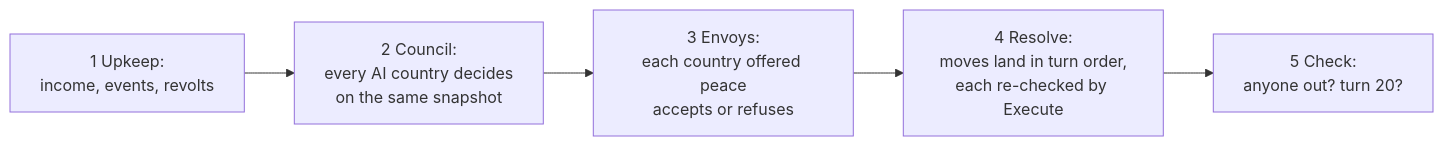
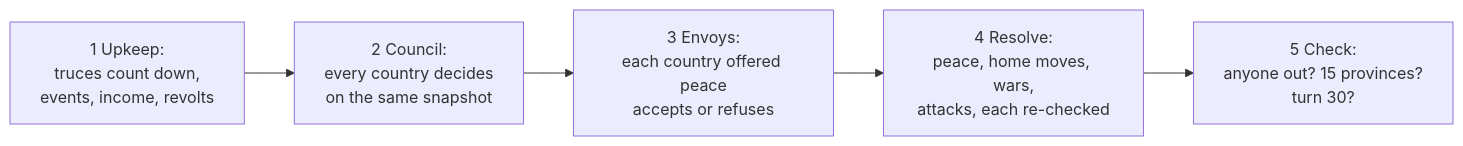
One commit to agenerela/agenerela changed the diagram in docs/demos/grey-box-strategy.md. Above: the diagram before and after it, drawn with Mermaid. The commit also changed other lines of this file and 105 other files, not shown here.

````diff
--- a/docs/demos/grey-box-strategy.md
+++ b/docs/demos/grey-box-strategy.md
@@ -88,7 +107,7 @@
 ```mermaid
 flowchart LR
-    U[1 Upkeep:<br/>income, events, revolts] --> C[2 Council:<br/>every AI country decides<br/>on the same snapshot]
+    U[1 Upkeep:<br/>truces count down,<br/>events, income, revolts] --> C[2 Council:<br/>every country decides<br/>on the same snapshot]
     C --> E[3 Envoys:<br/>each country offered peace<br/>accepts or refuses]
-    E --> R[4 Resolve:<br/>moves land in turn order,<br/>each re-checked by Execute]
-    R --> W[5 Check:<br/>anyone out? turn 20?]
+    E --> R[4 Resolve:<br/>peace, home moves, wars,<br/>attacks, each re-checked]
+    R --> W[5 Check:<br/>anyone out? 15 provinces?<br/>turn 30?]
 ```
````
